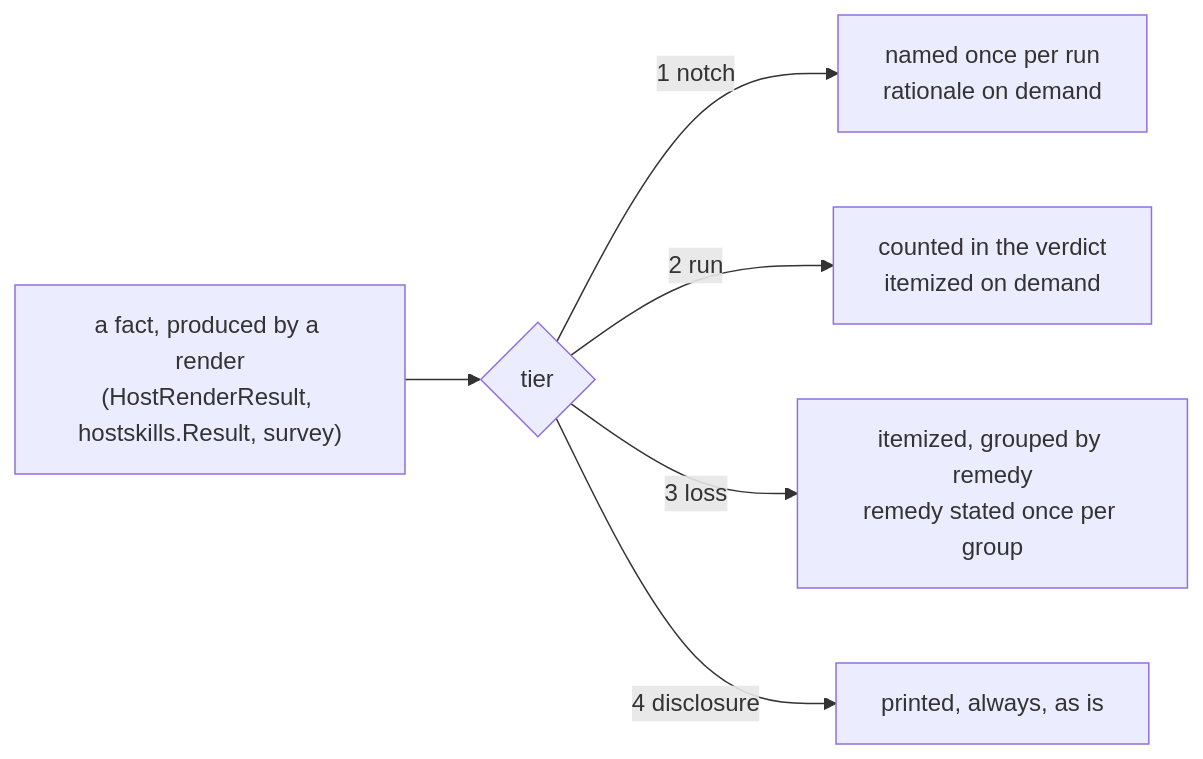
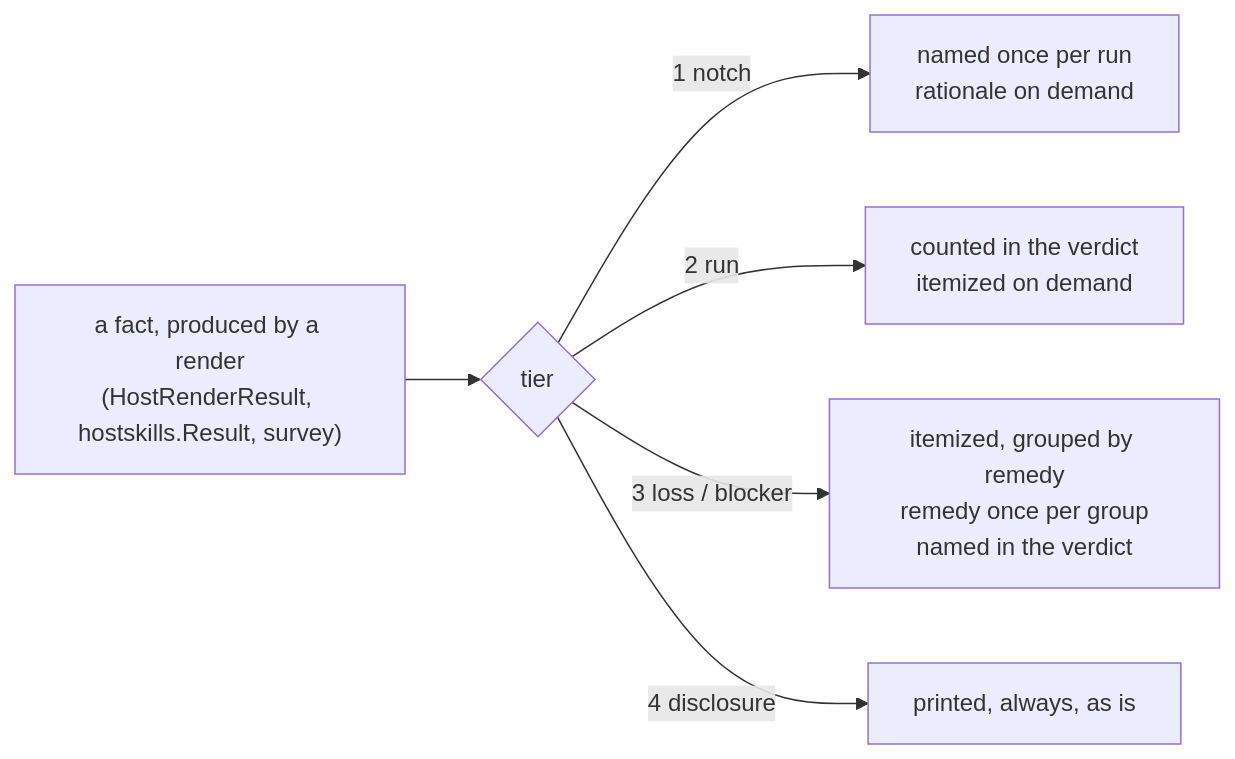
One commit to mschulkind-oss/yolo-jail changed the diagram in docs/design/report-tiers.md. Above: the diagram before and after it, drawn with Mermaid. The commit also changed other lines of this file and 1 other file, not shown here.

````diff
--- a/docs/design/report-tiers.md
+++ b/docs/design/report-tiers.md
@@ -385,8 +417,8 @@
 ```mermaid
 flowchart LR
     F["a fact, produced by a render<br/>(HostRenderResult, hostskills.Result, survey)"] --> T{tier}
     T -->|"1 notch"| A["named once per run<br/>rationale on demand"]
     T -->|"2 run"| B["counted in the verdict<br/>itemized on demand"]
-    T -->|"3 loss"| C["itemized, grouped by remedy<br/>remedy stated once per group"]
+    T -->|"3 loss / blocker"| C["itemized, grouped by remedy<br/>remedy once per group<br/>named in the verdict"]
     T -->|"4 disclosure"| D["printed, always, as is"]
 ```
````
